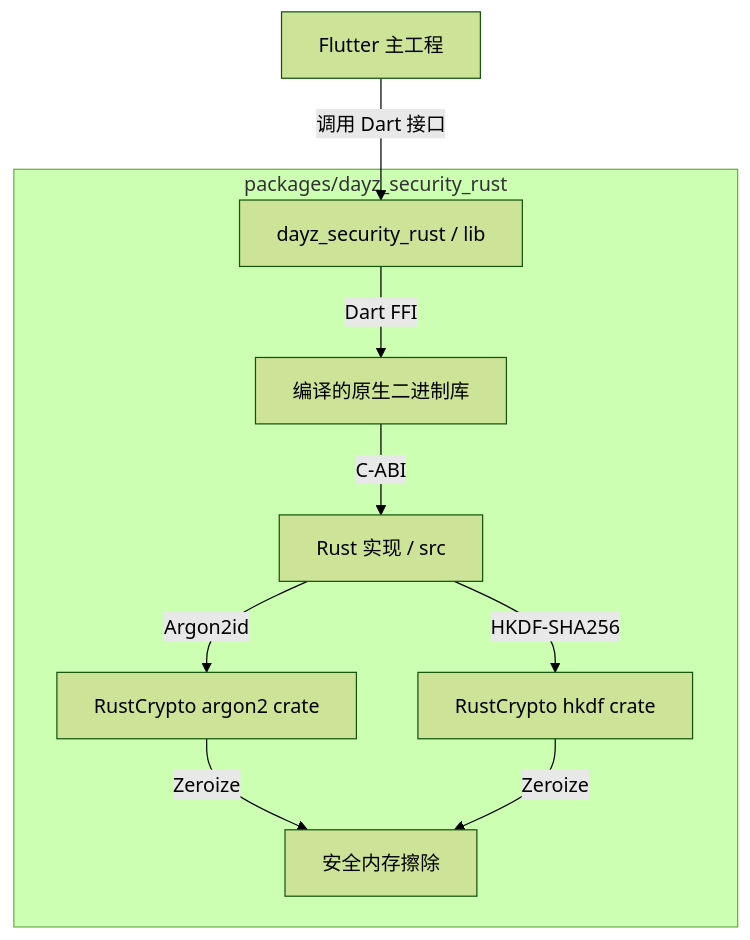
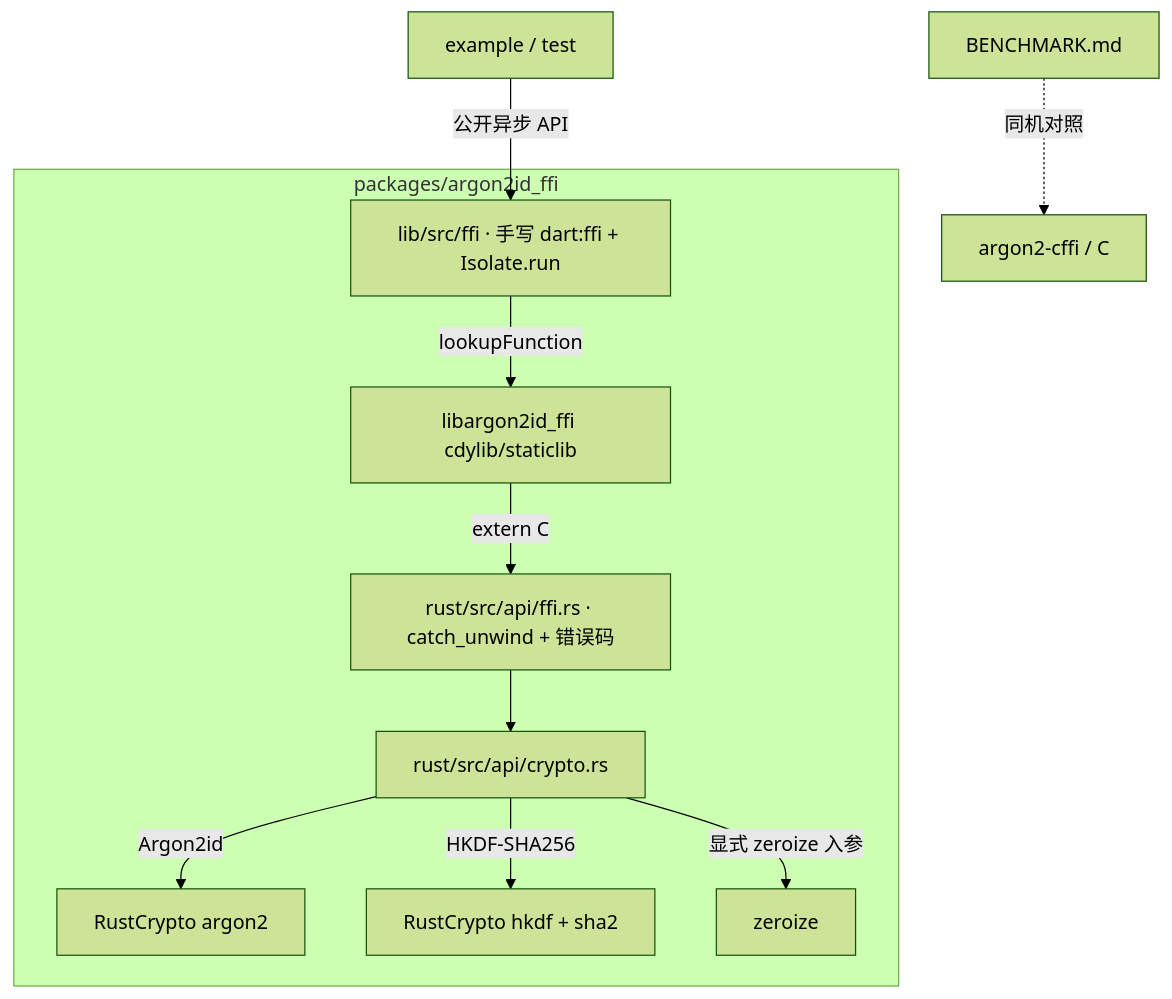
Before and after one commit to cr1992/DayZ: the diagram in specs/active/dayz-security-rust/design.md, drawn with Mermaid (forest theme). The commit also changed other lines of this file and 189 other files, not shown here.

First line of the commit message:
feat(argon2id_ffi): 自研 Argon2id/HKDF native 库（RustCrypto + 手写 dart:ffi）

````diff
--- a/specs/active/dayz-security-rust/design.md
+++ b/specs/active/dayz-security-rust/design.md
@@ -47,14 +108,14 @@
 ```mermaid
 graph TD
-  App[Flutter 主工程] -->|调用 Dart 接口| Bridge[dayz_security_rust / lib]
-  Bridge -->|Dart FFI| NativeLib[编译的原生二进制库]
-  
-  subgraph packages/dayz_security_rust
+  Ex[example / test] -->|公开异步 API| Bridge[lib/src/ffi · 手写 dart:ffi + Isolate.run]
+  Bench[BENCHMARK.md] -.->|同机对照| Dargon[argon2-cffi / C]
+  Bridge -->|lookupFunction| NativeLib[libargon2id_ffi cdylib/staticlib]
+  subgraph packages/argon2id_ffi
     Bridge
-    NativeLib -->|C-ABI| RustCode[Rust 实现 / src]
-    RustCode -->|Argon2id| RustCryptoArgon[RustCrypto argon2 crate]
-    RustCode -->|HKDF-SHA256| RustCryptoHkdf[RustCrypto hkdf crate]
-    RustCryptoArgon -->|Zeroize| Memory[安全内存擦除]
-    RustCryptoHkdf -->|Zeroize| Memory
+    NativeLib -->|extern C| Ffi[rust/src/api/ffi.rs · catch_unwind + 错误码]
+    Ffi --> RustCode[rust/src/api/crypto.rs]
+    RustCode -->|Argon2id| A[RustCrypto argon2]
+    RustCode -->|HKDF-SHA256| H[RustCrypto hkdf + sha2]
+    RustCode -->|显式 zeroize 入参| Z[zeroize]
   end
 ```
````
